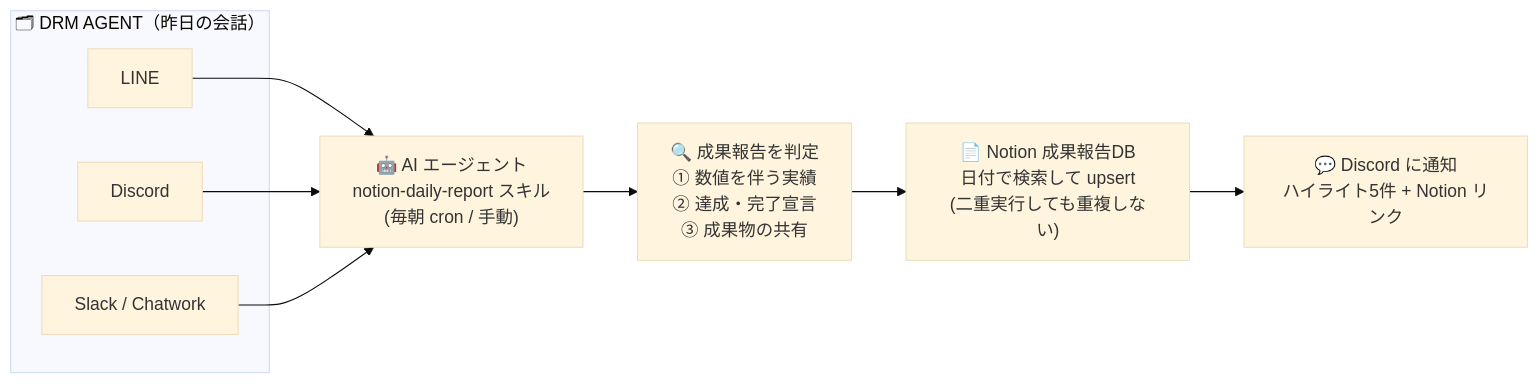
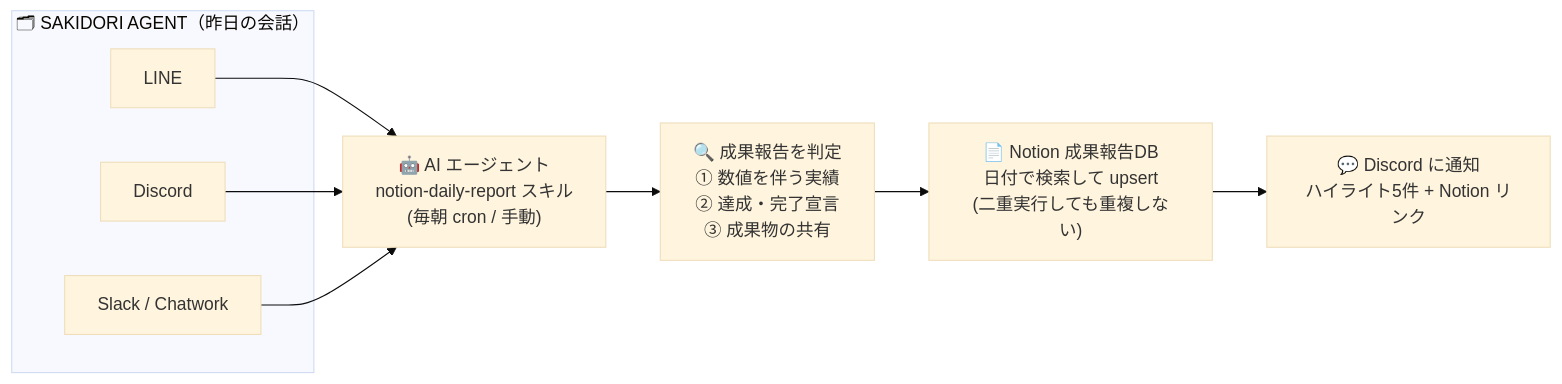
One commit to line-ec-lea/drm-agent-skills changed the first of 5 diagrams in examples/notion-usecases.md. Above: the diagram before and after it, drawn with Mermaid (base theme). The commit also changed other lines of this file and 11 other files, not shown here.

First line of the commit message:
docs: サービス名を SAKIDORI AGENT に変更する

````diff
--- a/examples/notion-usecases.md
+++ b/examples/notion-usecases.md
@@ -29,15 +29,15 @@
 ```mermaid
 flowchart LR
-    subgraph src["🗂 DRM AGENT（昨日の会話）"]
+    subgraph src["🗂 SAKIDORI AGENT（昨日の会話）"]
         A1["LINE"]
         A2["Discord"]
         A3["Slack / Chatwork"]
     end
     B["🤖 AI エージェント<br/>notion-daily-report スキル<br/>(毎朝 cron / 手動)"]
     A1 --> B
     A2 --> B
     A3 --> B
     B --> C["🔍 成果報告を判定<br/>① 数値を伴う実績<br/>② 達成・完了宣言<br/>③ 成果物の共有"]
     C --> D["📄 Notion 成果報告DB<br/>日付で検索して upsert<br/>(二重実行しても重複しない)"]
     D --> E["💬 Discord に通知<br/>ハイライト5件 + Notion リンク"]
 ```
````
